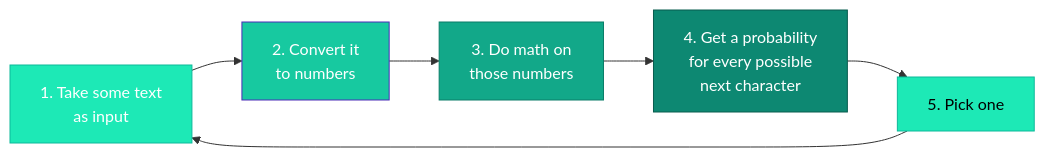
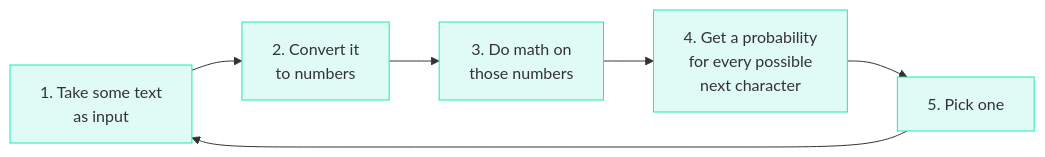
One commit to iamkhalid2/microgpt-course changed the first of 2 diagrams in docs/00-the-big-picture/00-what-is-a-language-model.md. Above: the diagram before and after it, drawn with Mermaid. The commit also changed other lines of this file and 21 other files, not shown here.

Commit message:
Fix Mermaid: remove hardcoded text color (theme-adaptive), add mobile scrolling, fix \\n to br

````diff
--- a/docs/00-the-big-picture/00-what-is-a-language-model.md
+++ b/docs/00-the-big-picture/00-what-is-a-language-model.md
@@ -31,14 +31,14 @@
 ```mermaid
 flowchart LR
-    A["1. Take some text\nas input"] --> B["2. Convert it\nto numbers"]
-    B --> C["3. Do math on\nthose numbers"]
-    C --> D["4. Get a probability\nfor every possible\nnext character"]
+    A["1. Take some text<br>as input"] --> B["2. Convert it<br>to numbers"]
+    B --> C["3. Do math on<br>those numbers"]
+    C --> D["4. Get a probability<br>for every possible<br>next character"]
     D --> E["5. Pick one"]
     E --> A
 
-    style A fill:#1de9b6,stroke:#0db99a,color:#fff
-    style B fill:#17c9a0,stroke:#4a2db8,color:#fff
-    style C fill:#12a889,stroke:#0a7d68,color:#fff
-    style D fill:#0d8872,stroke:#085c4e,color:#fff
-    style E fill:#1de9b6,stroke:#0db99a,color:#000
+    style A fill:#e0faf4,stroke:#1de9b6
+    style B fill:#e0faf4,stroke:#1de9b6
+    style C fill:#e0faf4,stroke:#1de9b6
+    style D fill:#e0faf4,stroke:#1de9b6
+    style E fill:#e0faf4,stroke:#1de9b6
 ```
````
